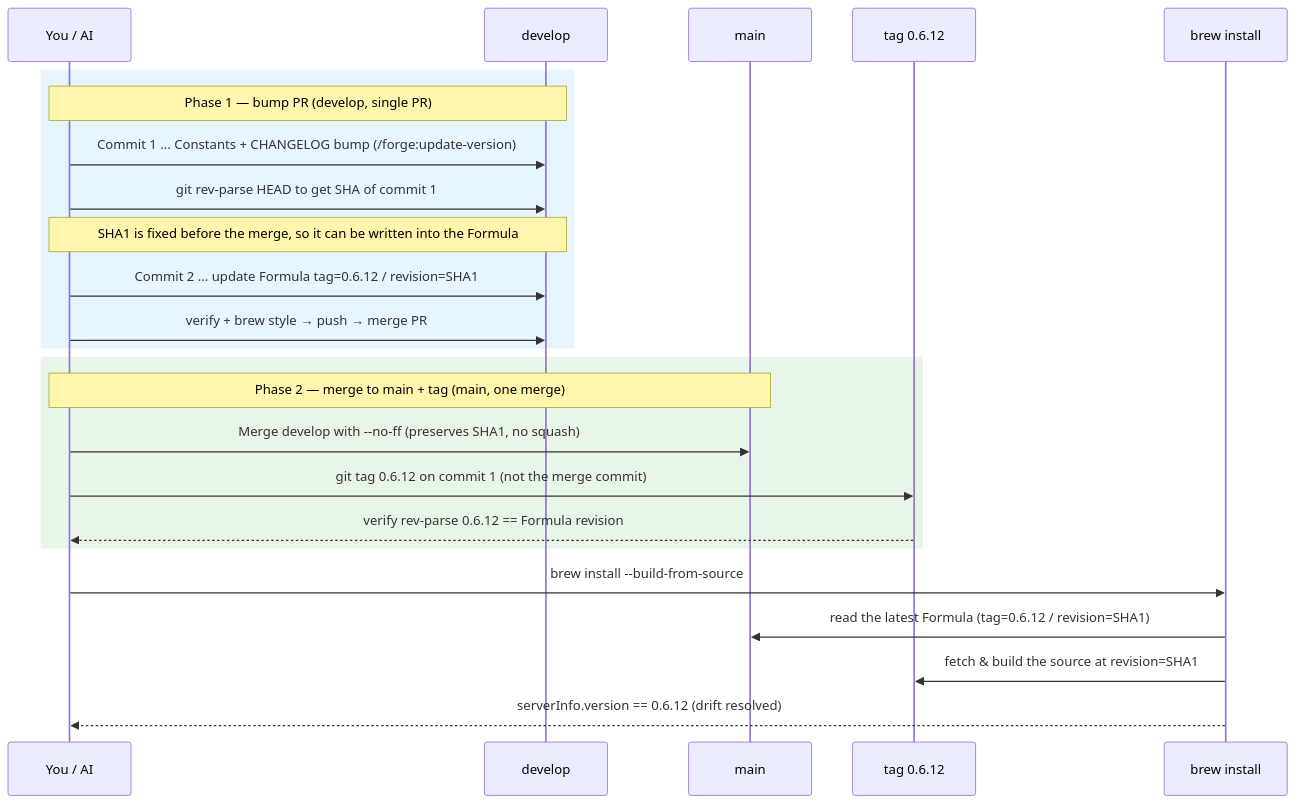
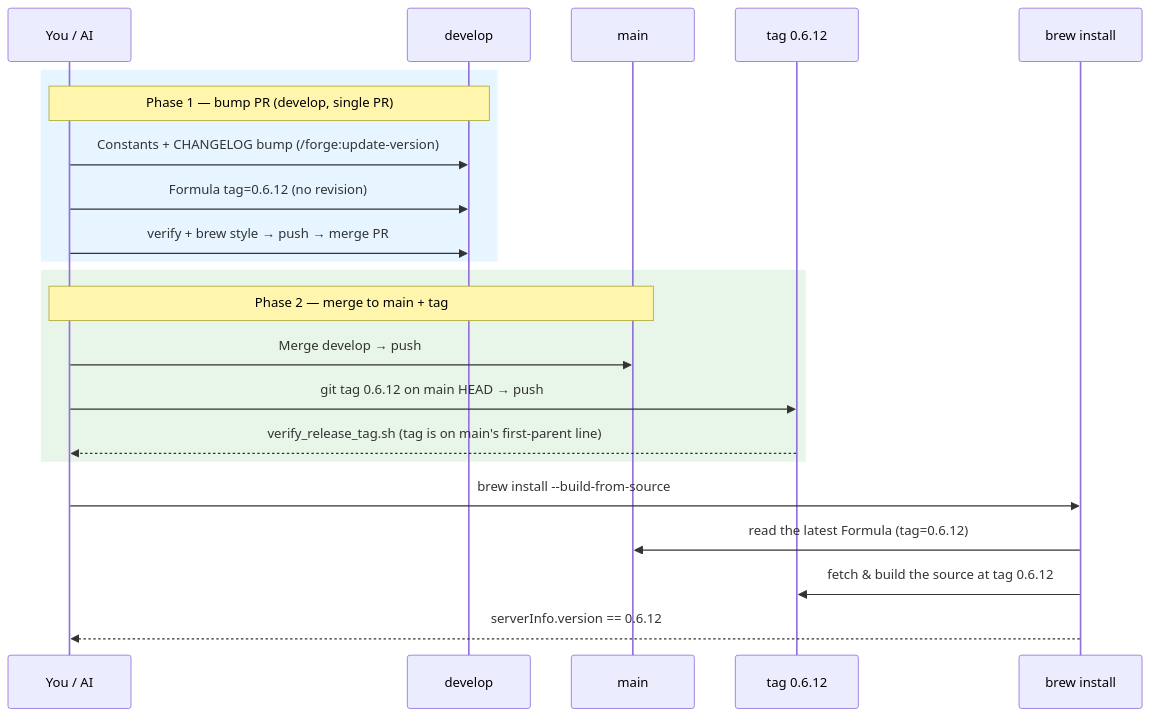
The second of 2 diagrams in CONTRIBUTING.md (BlueEventHorizon/Swift-Selena), drawn with Mermaid before and after one commit. The commit also changed other lines of this file and 6 other files, not shown here.

First line of the commit message:
change: release tag を main 本流に打つ運用へ変更し、Formula の revision を廃止

````diff
--- a/CONTRIBUTING.md
+++ b/CONTRIBUTING.md
@@ -138,29 +135,27 @@
 ```mermaid
 sequenceDiagram
     participant Y as You / AI
     participant D as develop
     participant M as main
     participant T as tag 0.6.12
     participant BR as brew install
 
     rect rgb(230, 245, 255)
     Note over Y,D: Phase 1 — bump PR (develop, single PR)
-    Y->>D: Commit 1 ... Constants + CHANGELOG bump (/forge:update-version)
-    Y->>D: git rev-parse HEAD to get SHA of commit 1
-    Note over Y,D: SHA1 is fixed before the merge, so it can be written into the Formula
-    Y->>D: Commit 2 ... update Formula tag=0.6.12 / revision=SHA1
+    Y->>D: Constants + CHANGELOG bump (/forge:update-version)
+    Y->>D: Formula tag=0.6.12 (no revision)
     Y->>D: verify + brew style → push → merge PR
     end
 
     rect rgb(232, 245, 233)
-    Note over Y,M: Phase 2 — merge to main + tag (main, one merge)
-    Y->>M: Merge develop with --no-ff (preserves SHA1, no squash)
-    Y->>T: git tag 0.6.12 on commit 1 (not the merge commit)
-    T-->>Y: verify rev-parse 0.6.12 == Formula revision
+    Note over Y,M: Phase 2 — merge to main + tag
+    Y->>M: Merge develop → push
+    Y->>T: git tag 0.6.12 on main HEAD → push
+    T-->>Y: verify_release_tag.sh (tag is on main's first-parent line)
     end
 
     Y->>BR: brew install --build-from-source
-    BR->>M: read the latest Formula (tag=0.6.12 / revision=SHA1)
-    BR->>T: fetch & build the source at revision=SHA1
-    BR-->>Y: serverInfo.version == 0.6.12 (drift resolved)
+    BR->>M: read the latest Formula (tag=0.6.12)
+    BR->>T: fetch & build the source at tag 0.6.12
+    BR-->>Y: serverInfo.version == 0.6.12
 ```
````
